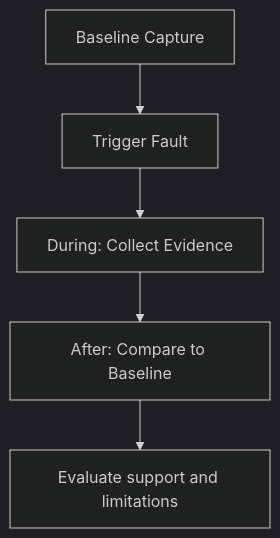
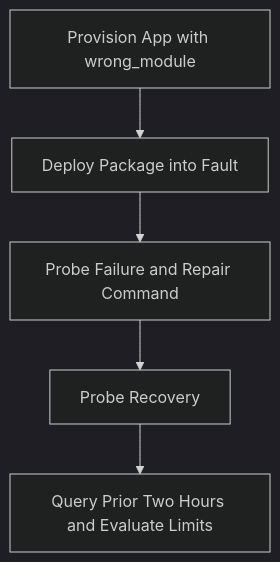
The fourth of 4 diagrams in docs/troubleshooting/lab-guides/deployment-succeeded-startup-failed.md (yeongseon/azure-app-service-practical-guide), drawn with Mermaid (dark theme) before and after one commit. The commit also changed other lines of this file and 5 other files, not shown here.

````diff
--- a/docs/troubleshooting/lab-guides/deployment-succeeded-startup-failed.md
+++ b/docs/troubleshooting/lab-guides/deployment-succeeded-startup-failed.md
@@ -1047,7 +1048,7 @@
 ```mermaid
 graph TD
-    A[Baseline Capture] --> B[Trigger Fault]
-    B --> C[During: Collect Evidence]
-    C --> D[After: Compare to Baseline]
-    D --> E[Evaluate support and limitations]
+    A[Provision App with wrong_module] --> B[Deploy Package into Fault]
+    B --> C[Probe Failure and Repair Command]
+    C --> D[Probe Recovery]
+    D --> E[Query Prior Two Hours and Evaluate Limits]
 ```
````
